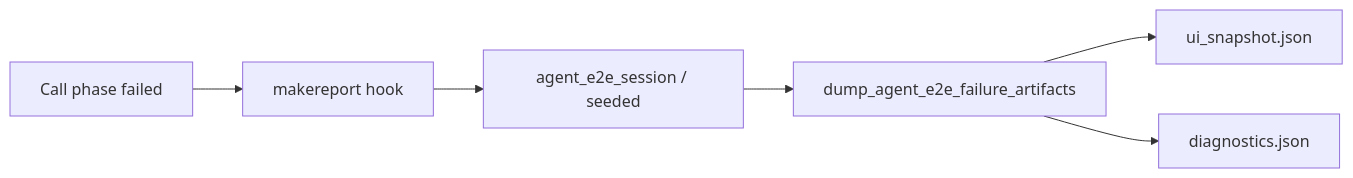
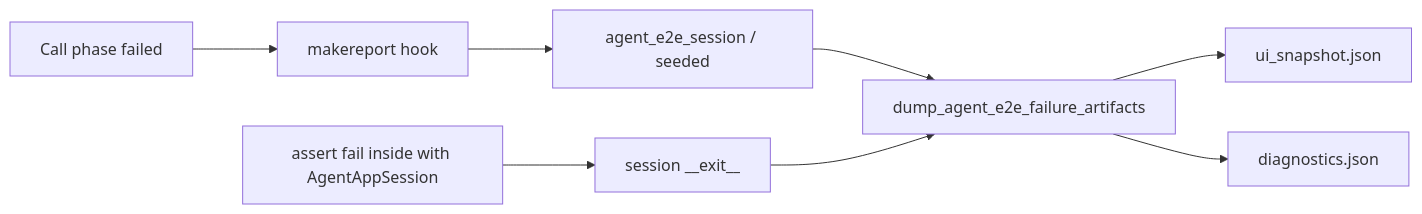
One commit to koctep/pypost changed the diagram in doc/dev/agent_e2e_failure_artifacts.md. Above: the diagram before and after it, drawn with Mermaid. The commit also changed other lines of this file and 14 other files, not shown here.

First line of the commit message:
feature(agent-e2e): PYPOST-875 auto-dump on direct AgentAppSession fail

````diff
--- a/doc/dev/agent_e2e_failure_artifacts.md
+++ b/doc/dev/agent_e2e_failure_artifacts.md
@@ -23,8 +25,10 @@
 ```mermaid
 flowchart LR
   Fail[Call phase failed] --> Hook[makereport hook]
   Hook --> Sess[agent_e2e_session / seeded]
   Sess --> Dump[dump_agent_e2e_failure_artifacts]
+  Direct[assert fail inside with AgentAppSession] --> Exit[session __exit__]
+  Exit --> Dump
   Dump --> Snap[ui_snapshot.json]
   Dump --> Diag[diagnostics.json]
 ```
````
